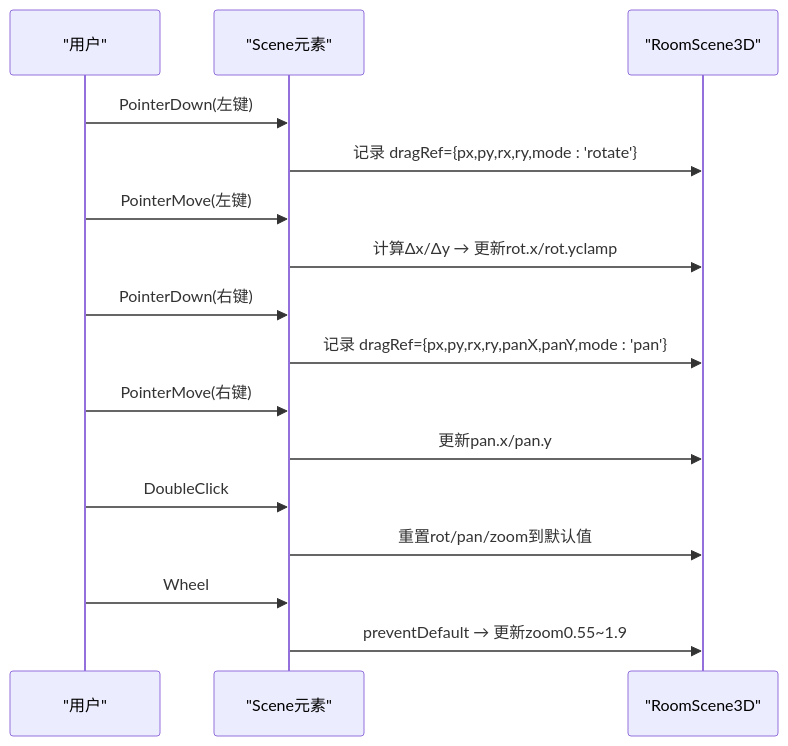
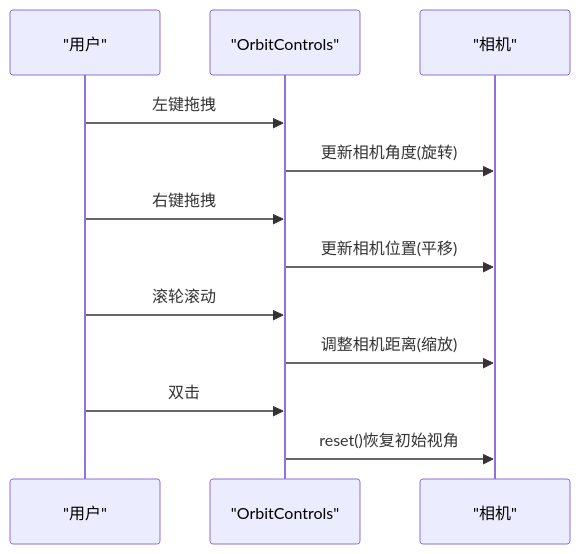
The sixth of 8 diagrams in .qoder/repowiki/zh/content/Web控制台/3D空间建模.md (zh79325/opple-cloud-adapter), drawn with Mermaid before and after one commit. The commit also changed other lines of this file and 30 other files, not shown here.

````diff
--- a/.qoder/repowiki/zh/content/Web控制台/3D空间建模.md
+++ b/.qoder/repowiki/zh/content/Web控制台/3D空间建模.md
@@ -222,18 +221,14 @@
 ```mermaid
 sequenceDiagram
 participant U as "用户"
-participant E as "Scene元素"
-participant R as "RoomScene3D"
-U->>E : PointerDown(左键)
-E->>R : 记录 dragRef={px,py,rx,ry,mode : 'rotate'}
-U->>E : PointerMove(左键)
-E->>R : 计算Δx/Δy → 更新rot.x/rot.yclamp
-U->>E : PointerDown(右键)
-E->>R : 记录 dragRef={px,py,rx,ry,panX,panY,mode : 'pan'}
-U->>E : PointerMove(右键)
-E->>R : 更新pan.x/pan.y
-U->>E : DoubleClick
-E->>R : 重置rot/pan/zoom到默认值
-U->>E : Wheel
-E->>R : preventDefault → 更新zoom0.55~1.9
+participant O as "OrbitControls"
+participant C as "相机"
+U->>O : 左键拖拽
+O->>C : 更新相机角度(旋转)
+U->>O : 右键拖拽
+O->>C : 更新相机位置(平移)
+U->>O : 滚轮滚动
+O->>C : 调整相机距离(缩放)
+U->>O : 双击
+O->>C : reset()恢复初始视角
 ```
````
